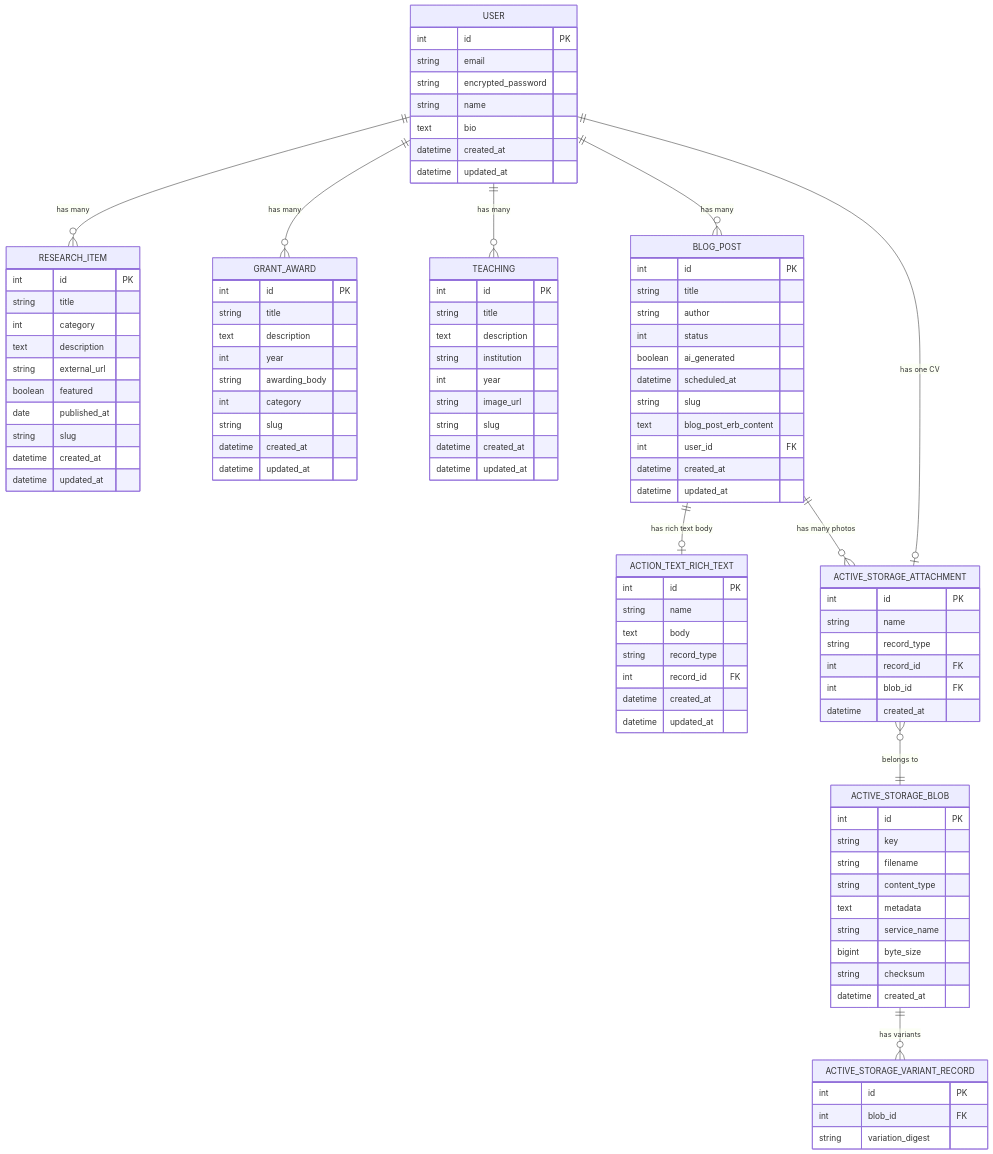
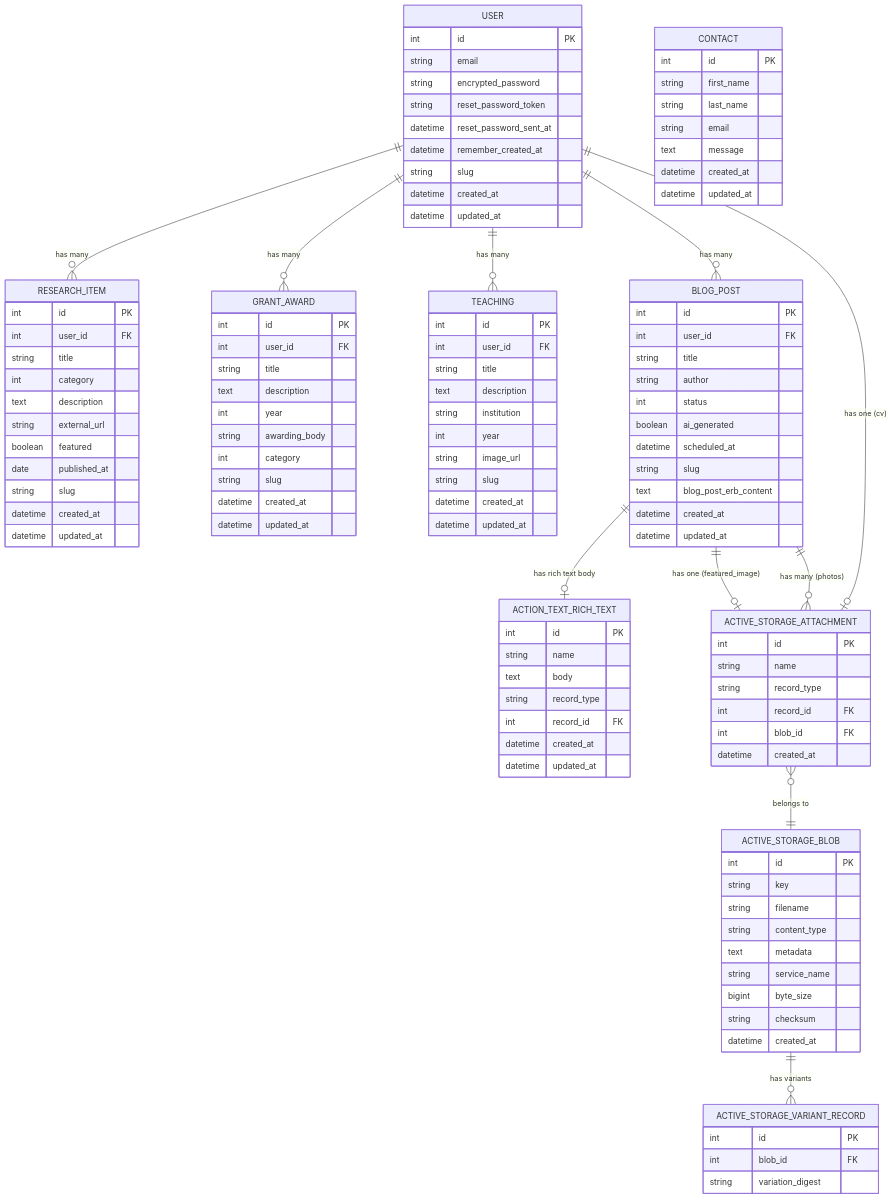
Before and after one commit to louiskb/isarak-portfolio: the diagram in docs/ERD.md, drawn with Mermaid. The commit also changed other lines of this file and 1 other file, not shown here.

Commit message:
update: updated TODO and ERD.md after multiple backend changes.

````diff
--- a/docs/ERD.md
+++ b/docs/ERD.md
@@ -6,14 +6,17 @@
         int id PK
         string email
         string encrypted_password
-        string name
-        text bio
+        string reset_password_token
+        datetime reset_password_sent_at
+        datetime remember_created_at
+        string slug
         datetime created_at
         datetime updated_at
     }
 
     RESEARCH_ITEM {
         int id PK
+        int user_id FK
         string title
         int category
         text description
@@ -27,6 +30,7 @@
 
     GRANT_AWARD {
         int id PK
+        int user_id FK
         string title
         text description
         int year
@@ -39,6 +43,7 @@
 
     TEACHING {
         int id PK
+        int user_id FK
         string title
         text description
         string institution
@@ -51,6 +56,7 @@
 
     BLOG_POST {
         int id PK
+        int user_id FK
         string title
         string author
         int status
@@ -58,7 +64,16 @@
         datetime scheduled_at
         string slug
         text blog_post_erb_content
-        int user_id FK
+        datetime created_at
+        datetime updated_at
+    }
+
+    CONTACT {
+        int id PK
+        string first_name
+        string last_name
+        string email
+        text message
         datetime created_at
         datetime updated_at
     }
@@ -104,9 +119,10 @@
     USER ||--o{ GRANT_AWARD : "has many"
     USER ||--o{ TEACHING : "has many"
     USER ||--o{ BLOG_POST : "has many"
-    USER ||--o| ACTIVE_STORAGE_ATTACHMENT : "has one CV"
+    USER ||--o| ACTIVE_STORAGE_ATTACHMENT : "has one (cv)"
     BLOG_POST ||--o| ACTION_TEXT_RICH_TEXT : "has rich text body"
-    BLOG_POST ||--o{ ACTIVE_STORAGE_ATTACHMENT : "has many photos"
+    BLOG_POST ||--o| ACTIVE_STORAGE_ATTACHMENT : "has one (featured_image)"
+    BLOG_POST ||--o{ ACTIVE_STORAGE_ATTACHMENT : "has many (photos)"
     ACTIVE_STORAGE_ATTACHMENT }o--|| ACTIVE_STORAGE_BLOB : "belongs to"
     ACTIVE_STORAGE_BLOB ||--o{ ACTIVE_STORAGE_VARIANT_RECORD : "has variants"
 ```
````
